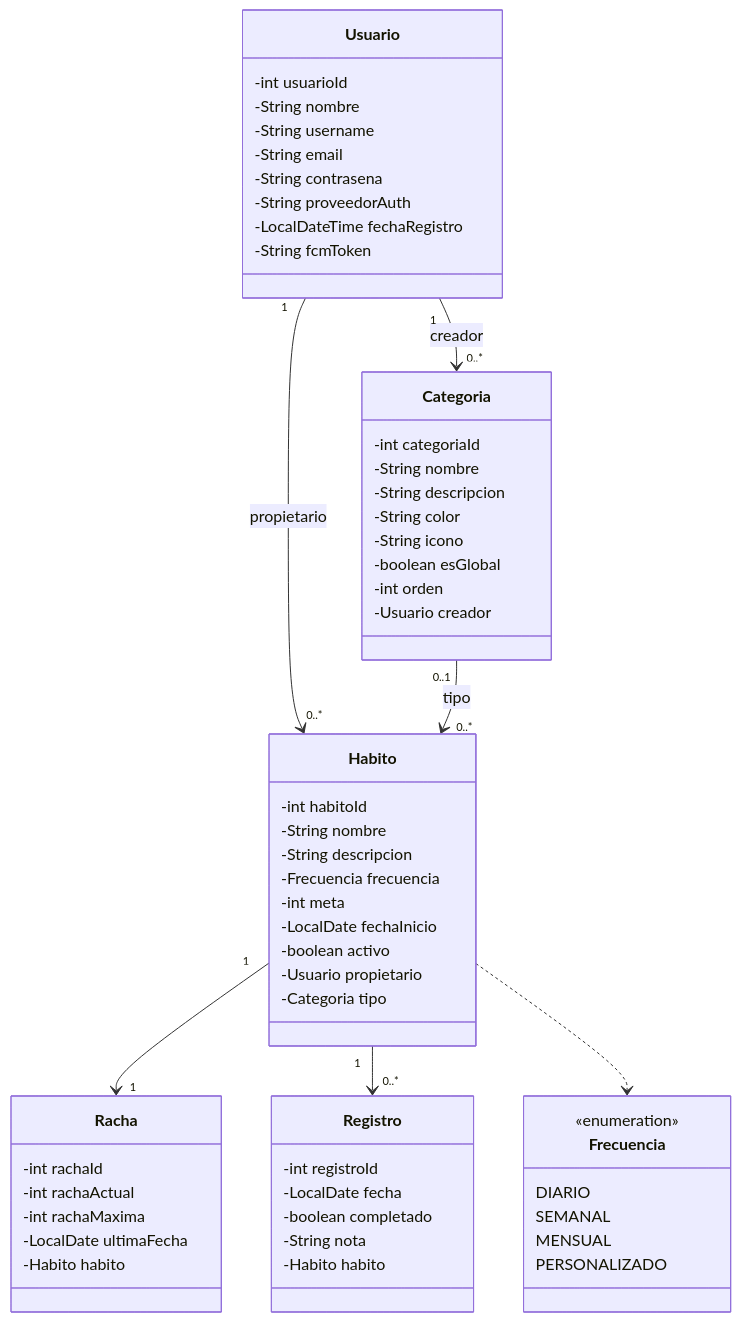
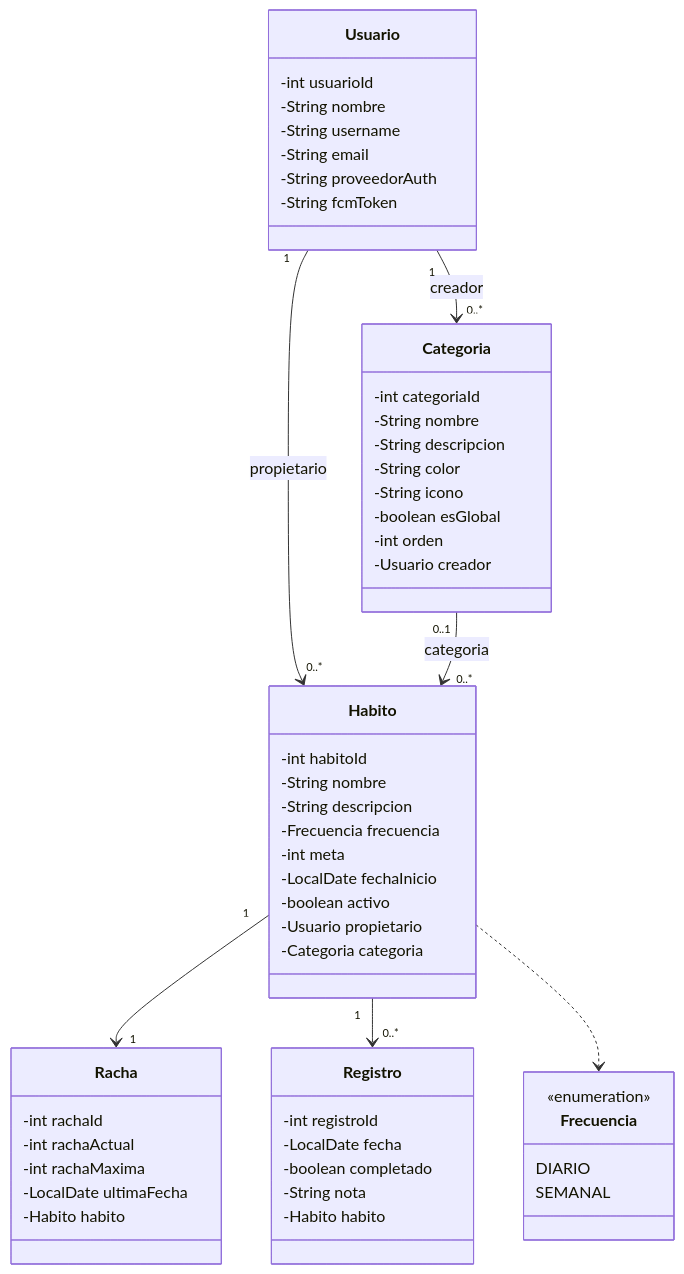
Before and after one commit to jgrabalosa/habitos-app: the first of 5 diagrams in docs/Logicas/05-diagramas-uml.md, drawn with Mermaid. The commit also changed other lines of this file and 2 other files, not shown here.

````diff
--- a/docs/Logicas/05-diagramas-uml.md
+++ b/docs/Logicas/05-diagramas-uml.md
@@ -11,67 +13,63 @@
 ```mermaid
 classDiagram
     class Usuario {
         -int usuarioId
         -String nombre
         -String username
         -String email
-        -String contrasena
         -String proveedorAuth
-        -LocalDateTime fechaRegistro
         -String fcmToken
     }
 
     class Categoria {
         -int categoriaId
         -String nombre
         -String descripcion
         -String color
         -String icono
         -boolean esGlobal
         -int orden
         -Usuario creador
     }
 
     class Habito {
         -int habitoId
         -String nombre
         -String descripcion
         -Frecuencia frecuencia
         -int meta
         -LocalDate fechaInicio
         -boolean activo
         -Usuario propietario
-        -Categoria tipo
+        -Categoria categoria
     }
 
     class Racha {
         -int rachaId
         -int rachaActual
         -int rachaMaxima
         -LocalDate ultimaFecha
         -Habito habito
     }
 
     class Registro {
         -int registroId
         -LocalDate fecha
         -boolean completado
         -String nota
         -Habito habito
     }
 
     class Frecuencia {
         <<enumeration>>
         DIARIO
         SEMANAL
-        MENSUAL
-        PERSONALIZADO
     }
 
     Usuario "1" --> "0..*" Habito : propietario
     Usuario "1" --> "0..*" Categoria : creador
-    Categoria "0..1" --> "0..*" Habito : tipo
+    Categoria "0..1" --> "0..*" Habito : categoria
     Habito "1" --> "1" Racha
     Habito "1" --> "0..*" Registro
     Habito ..> Frecuencia
 ```
````
